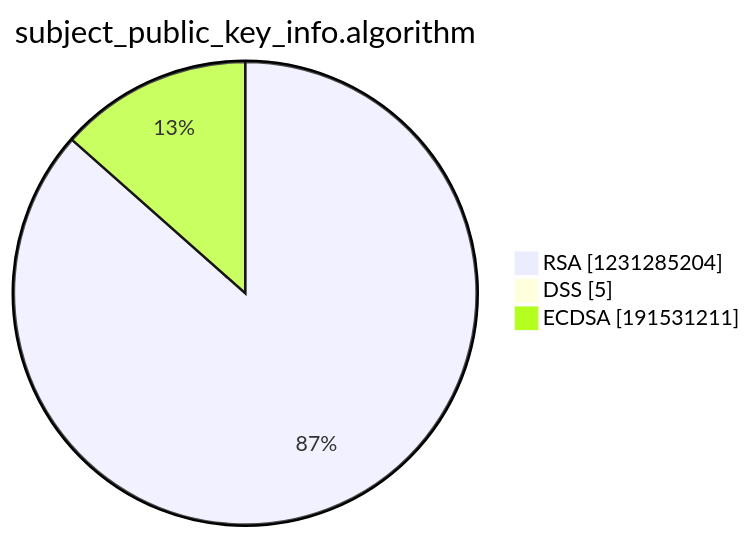
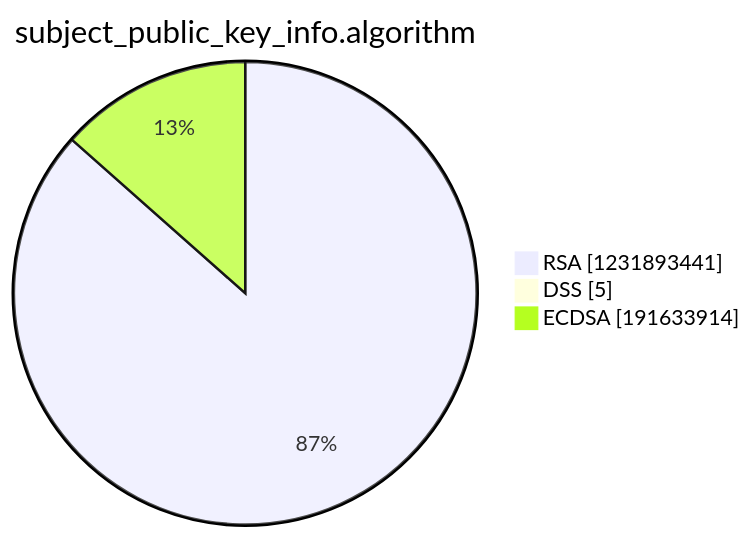
Before and after one commit to christiankrug/ctmonitor_visualization: the third of 15 diagrams in argon2022/README.md, drawn with Mermaid. The commit also changed other lines of this file, not shown here.

````diff
--- a/argon2022/README.md
+++ b/argon2022/README.md
@@ -14,7 +14,7 @@
 ```mermaid
 pie showData
 title subject_public_key_info.algorithm
-"RSA" :1231285204
+"RSA" :1231893441
 "DSS" :5
-"ECDSA" :191531211
+"ECDSA" :191633914
 ```
````
